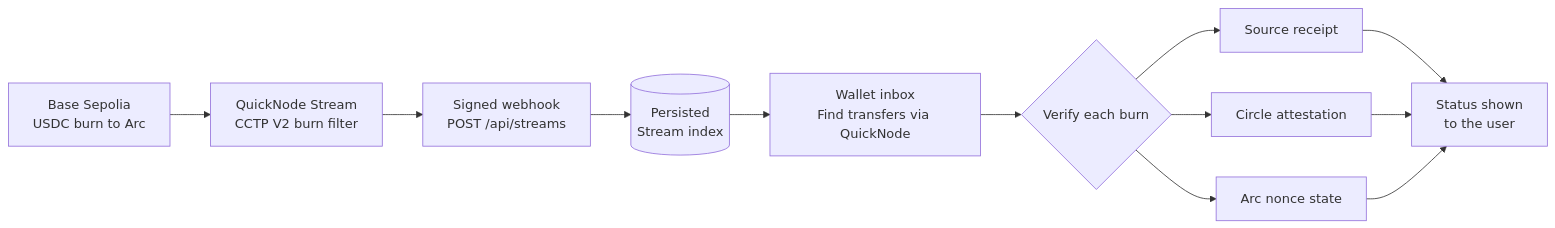
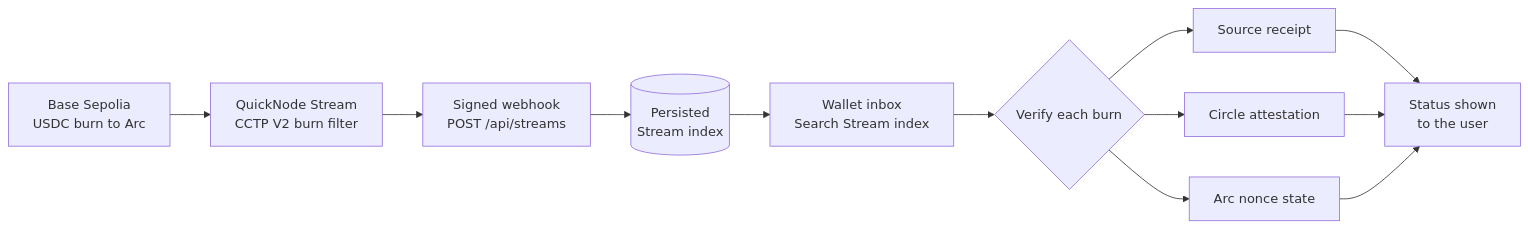
Before and after one commit to s-k-28/rebound: the diagram in README.md, drawn with Mermaid. The commit also changed other lines of this file and 3 other files, not shown here.

````diff
--- a/README.md
+++ b/README.md
@@ -110,14 +104,14 @@
 ```mermaid
 flowchart LR
     A["Base Sepolia<br/>USDC burn to Arc"] --> B["QuickNode Stream<br/>CCTP V2 burn filter"]
     B --> C["Signed webhook<br/>POST /api/streams"]
     C --> D[("Persisted<br/>Stream index")]
-    D --> E["Wallet inbox<br/>Find transfers via QuickNode"]
+    D --> E["Wallet inbox<br/>Search Stream index"]
     E --> F{"Verify each burn"}
     F --> G["Source receipt"]
     F --> H["Circle attestation"]
     F --> I["Arc nonce state"]
     G --> J["Status shown<br/>to the user"]
     H --> J
     I --> J
 ```
````
